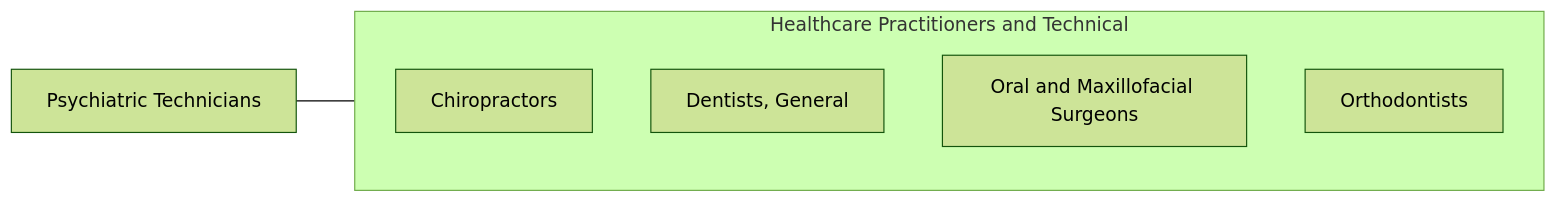
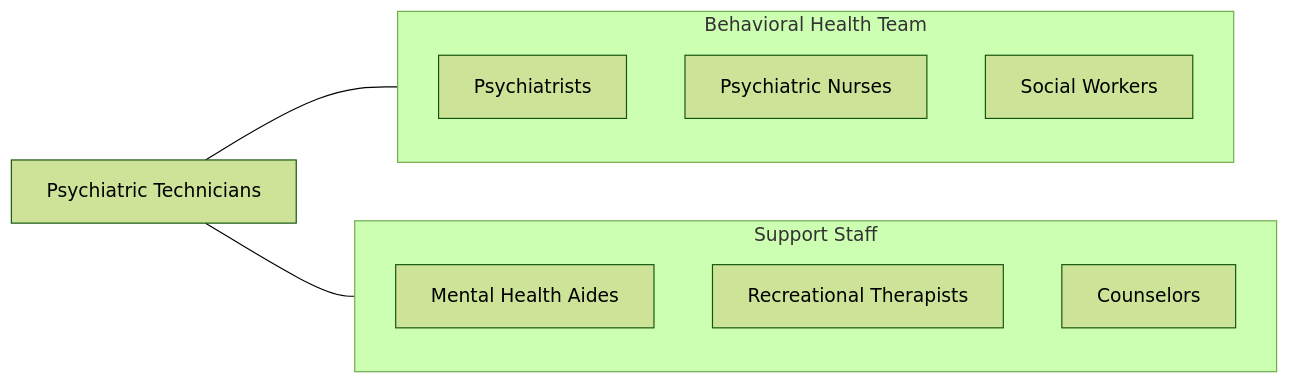
One commit to kziemski/business.org.ai changed the fourth of 4 diagrams in occupations/HealthcarePractitioners/PsychiatricTechnicians.mdx. Above: the diagram before and after it, drawn with Mermaid (forest theme). The commit also changed other lines of this file and 938 other files, not shown here.

````diff
--- a/occupations/HealthcarePractitioners/PsychiatricTechnicians.mdx
+++ b/occupations/HealthcarePractitioners/PsychiatricTechnicians.mdx
@@ -112,13 +171,19 @@
 ```mermaid
 graph LR
     Current["Psychiatric Technicians"]
 
-    subgraph SameCategory["Healthcare Practitioners and Technical"]
-        Chiropractors["Chiropractors"]
-        DentistsGeneral["Dentists, General"]
-        OralAndMaxillofacial["Oral and Maxillofacial Surgeons"]
-        Orthodontists["Orthodontists"]
+    subgraph BehavioralHealth["Behavioral Health Team"]
+        Psychiatrists["Psychiatrists"]
+        PsychNurses["Psychiatric Nurses"]
+        SocialWorkers["Social Workers"]
     end
 
-    Current --- SameCategory
+    subgraph Support["Support Staff"]
+        MHAs["Mental Health Aides"]
+        RecTherapists["Recreational Therapists"]
+        Counselors["Counselors"]
+    end
+
+    Current --- BehavioralHealth
+    Current --- Support
 ```
````
